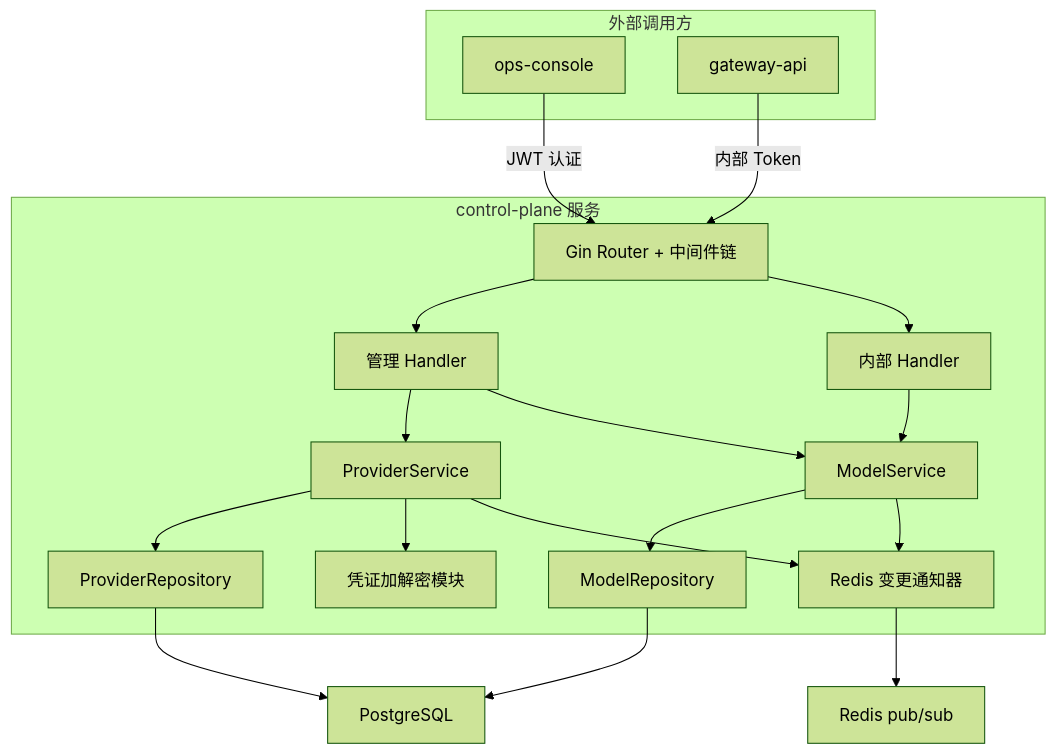
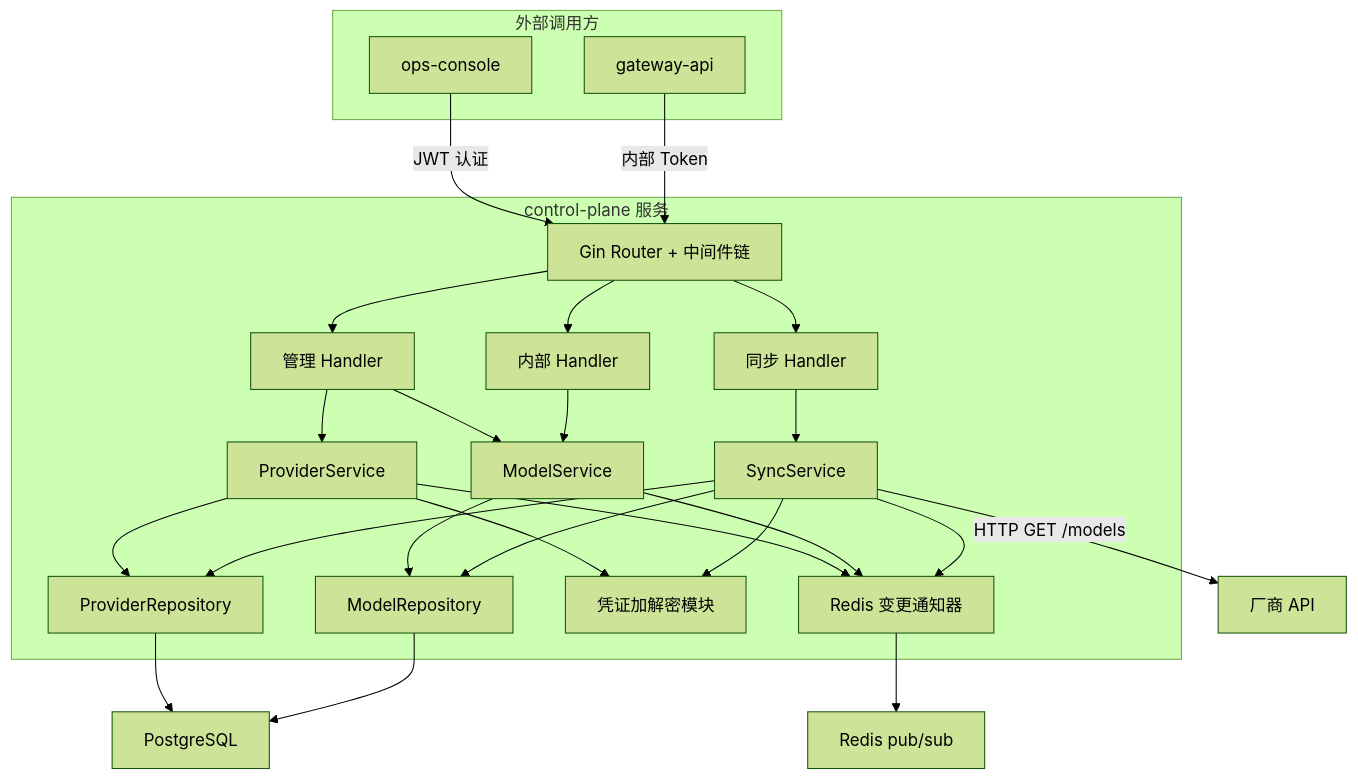
Before and after one commit to achieve-jsy/llm-gateway: the second of 4 diagrams in xspec/modules/control-plane/hld.md, drawn with Mermaid (forest theme). The commit also changed other lines of this file and 231 other files, not shown here.

````diff
--- a/xspec/modules/control-plane/hld.md
+++ b/xspec/modules/control-plane/hld.md
@@ -64,35 +65,44 @@
 ```mermaid
 flowchart TD
     subgraph "外部调用方"
         OpsConsole["ops-console"]
         GatewayAPI["gateway-api"]
     end
 
     subgraph "control-plane 服务"
         Router["Gin Router + 中间件链"]
         AdminHandler["管理 Handler"]
+        SyncHandler["同步 Handler"]
         InternalHandler["内部 Handler"]
         ProviderService["ProviderService"]
         ModelService["ModelService"]
+        SyncService["SyncService"]
         ProviderRepo["ProviderRepository"]
         ModelRepo["ModelRepository"]
         Crypto["凭证加解密模块"]
         Notifier["Redis 变更通知器"]
     end
 
     OpsConsole -->|"JWT 认证"| Router
     GatewayAPI -->|"内部 Token"| Router
     Router --> AdminHandler
+    Router --> SyncHandler
     Router --> InternalHandler
     AdminHandler --> ProviderService
     AdminHandler --> ModelService
+    SyncHandler --> SyncService
     InternalHandler --> ModelService
     ProviderService --> ProviderRepo
     ProviderService --> Crypto
     ProviderService --> Notifier
     ModelService --> ModelRepo
     ModelService --> Notifier
+    SyncService --> ModelRepo
+    SyncService --> ProviderRepo
+    SyncService --> Crypto
+    SyncService -->|"HTTP GET /models"| Upstream["厂商 API"]
+    SyncService --> Notifier
     ProviderRepo --> DB["PostgreSQL"]
     ModelRepo --> DB
     Notifier --> Redis["Redis pub/sub"]
 ```
````
